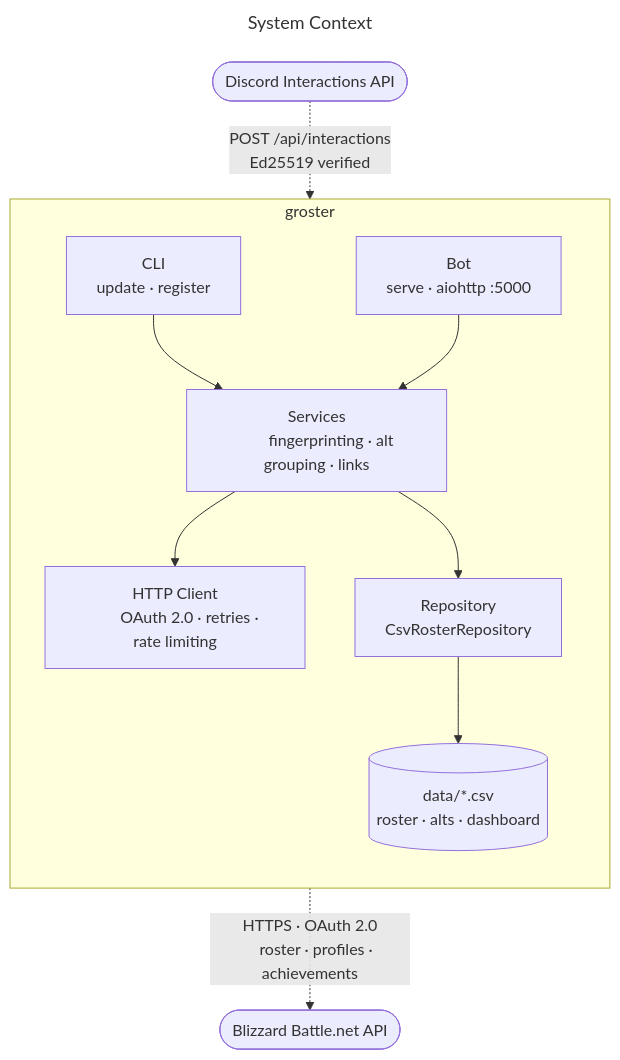
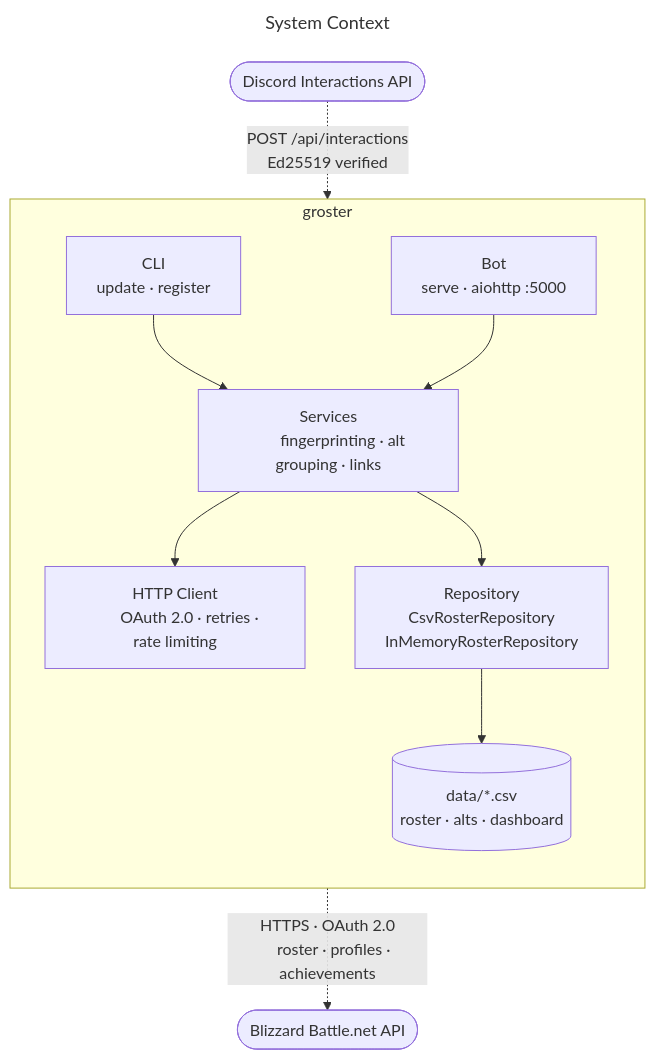
One commit to sergeyklay/groster changed the diagram in docs/architecture.md. Above: the diagram before and after it, drawn with Mermaid. The commit also changed other lines of this file and 3 other files, not shown here.

Commit message:
docs: update architecture documentation

````diff
--- a/docs/architecture.md
+++ b/docs/architecture.md
@@ -7,36 +7,37 @@
 ```mermaid
 ---
 title: System Context
 ---
 flowchart TB
     blizzard(["Blizzard Battle.net API"])
 
     subgraph system [" groster "]
         direction TB
 
         cli["CLI
         update · register"]
         bot["Bot
         serve · aiohttp :5000"]
         svc["Services
         fingerprinting · alt grouping · links"]
         http["HTTP Client
         OAuth 2.0 · retries · rate limiting"]
         repo["Repository
-        CsvRosterRepository"]
+        CsvRosterRepository
+        InMemoryRosterRepository"]
         data[("data/*.csv
         roster · alts · dashboard")]
 
         cli & bot --> svc
         svc --> http
         svc --> repo
         repo --> data
     end
 
     discord(["Discord Interactions API"])
 
     http -. "HTTPS · OAuth 2.0
     roster · profiles · achievements" .-> blizzard
     discord -. "POST /api/interactions
     Ed25519 verified" .-> bot
 ```
````
